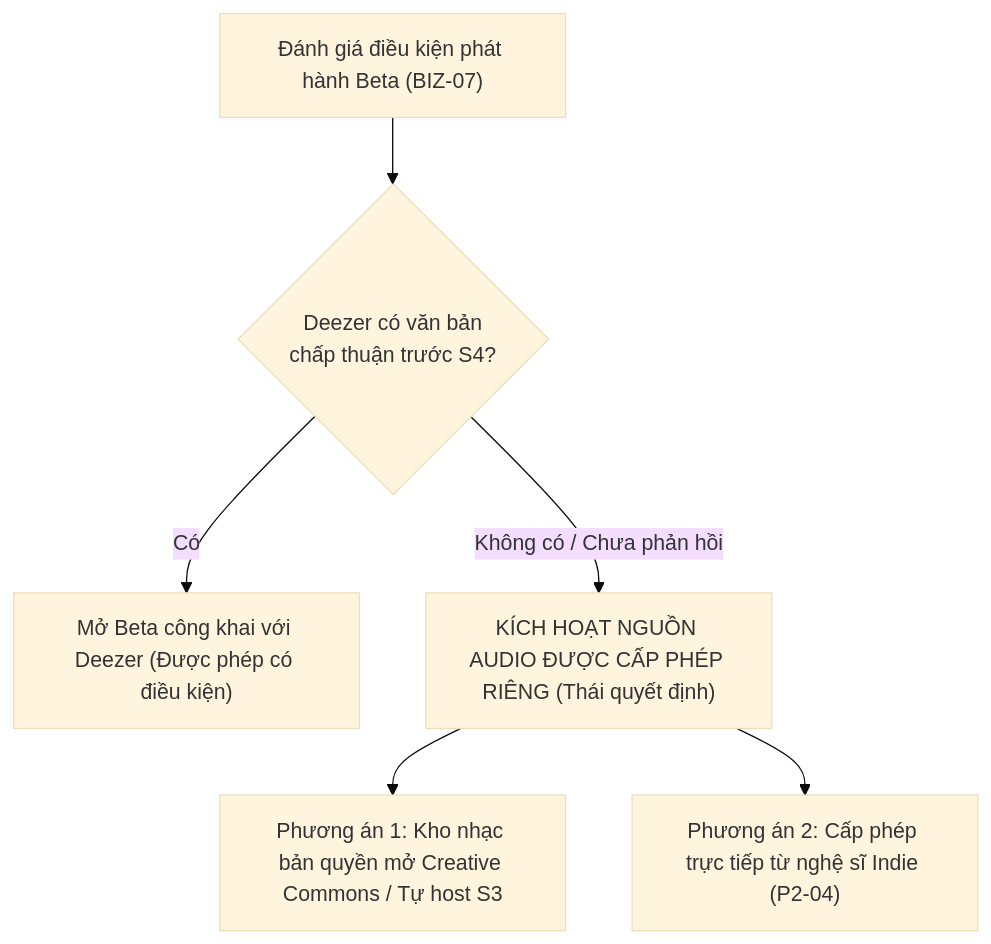
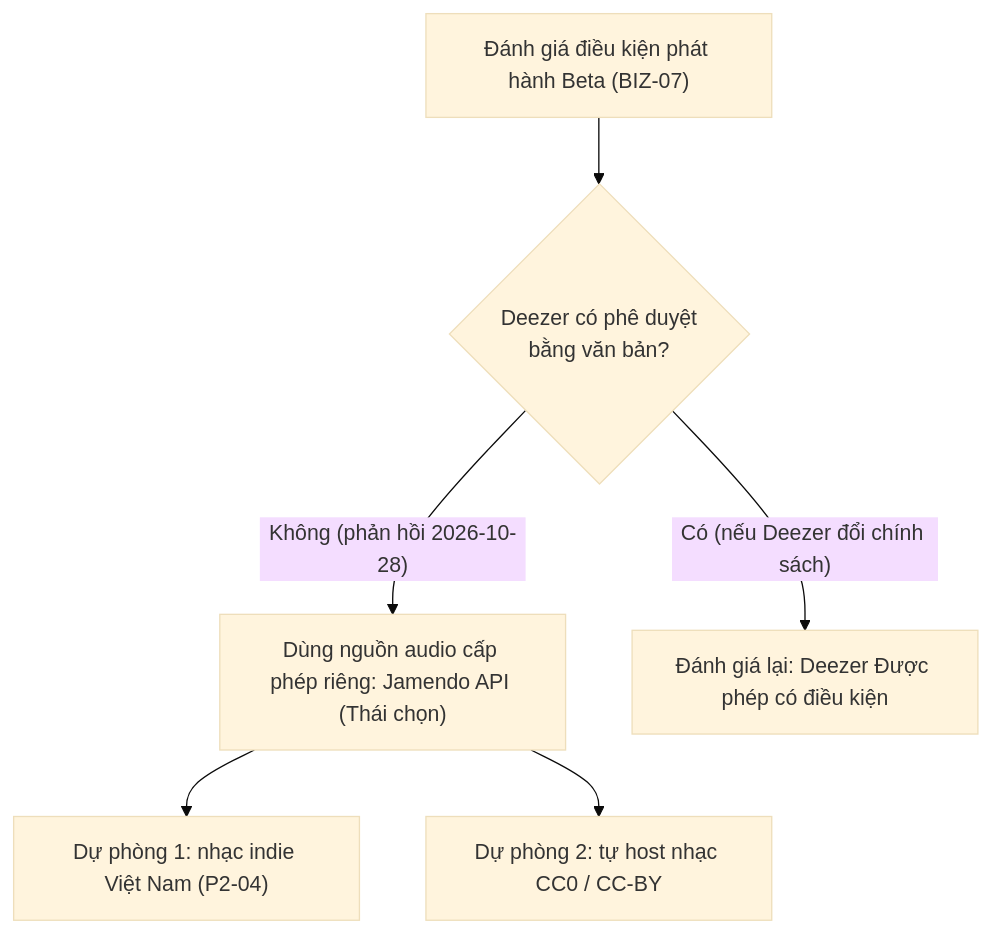
One commit to ThaiDevv/meloo changed the diagram in docs/legal/music-preview-licensing.md. Above: the diagram before and after it, drawn with Mermaid (base theme). The commit also changed other lines of this file and 2 other files, not shown here.

Commit message:
MEL-120 docs(legal): ghi nhận phản hồi của Deezer và chọn Jamendo làm nguồn thay thế

````diff
--- a/docs/legal/music-preview-licensing.md
+++ b/docs/legal/music-preview-licensing.md
@@ -184,8 +269,8 @@
 ```mermaid
 flowchart TD
-    A["Đánh giá điều kiện phát hành Beta (BIZ-07)"] --> B{"Deezer có văn bản<br/>chấp thuận trước S4?"}
-    B -- "Có" --> C["Mở Beta công khai với Deezer (Được phép có điều kiện)"]
-    B -- "Không có / Chưa phản hồi" --> D["KÍCH HOẠT NGUỒN AUDIO ĐƯỢC CẤP PHÉP RIÊNG (Thái quyết định)"]
-    D --> E["Phương án 1: Kho nhạc bản quyền mở Creative Commons / Tự host S3"]
-    D --> F["Phương án 2: Cấp phép trực tiếp từ nghệ sĩ Indie (P2-04)"]
+    A["Đánh giá điều kiện phát hành Beta (BIZ-07)"] --> B{"Deezer có phê duyệt<br/>bằng văn bản?"}
+    B -- "Không (phản hồi 2026-10-28)" --> D["Dùng nguồn audio cấp phép riêng: Jamendo API (Thái chọn)"]
+    B -- "Có (nếu Deezer đổi chính sách)" --> C["Đánh giá lại: Deezer Được phép có điều kiện"]
+    D --> E["Dự phòng 1: nhạc indie Việt Nam (P2-04)"]
+    D --> F["Dự phòng 2: tự host nhạc CC0 / CC-BY"]
 ```
````
